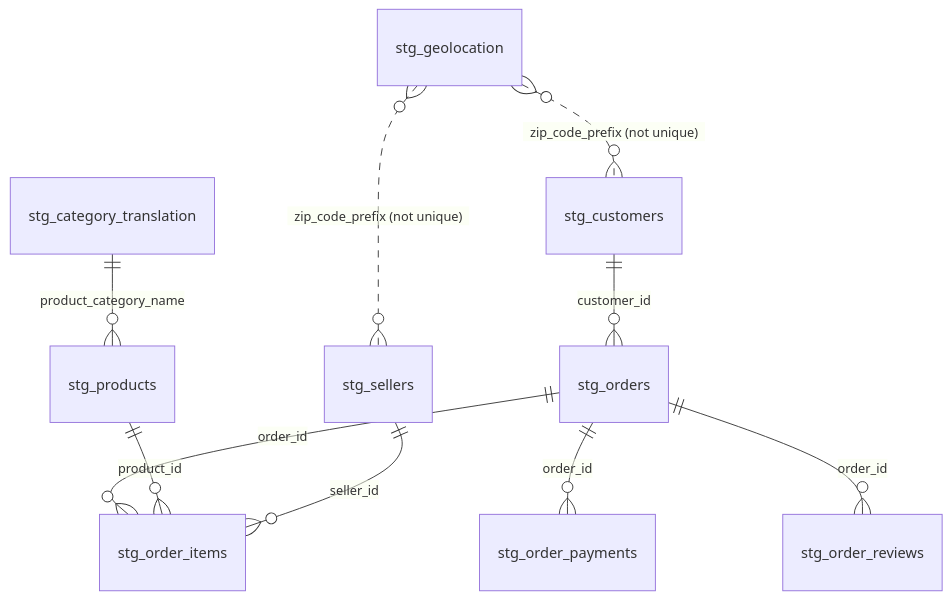
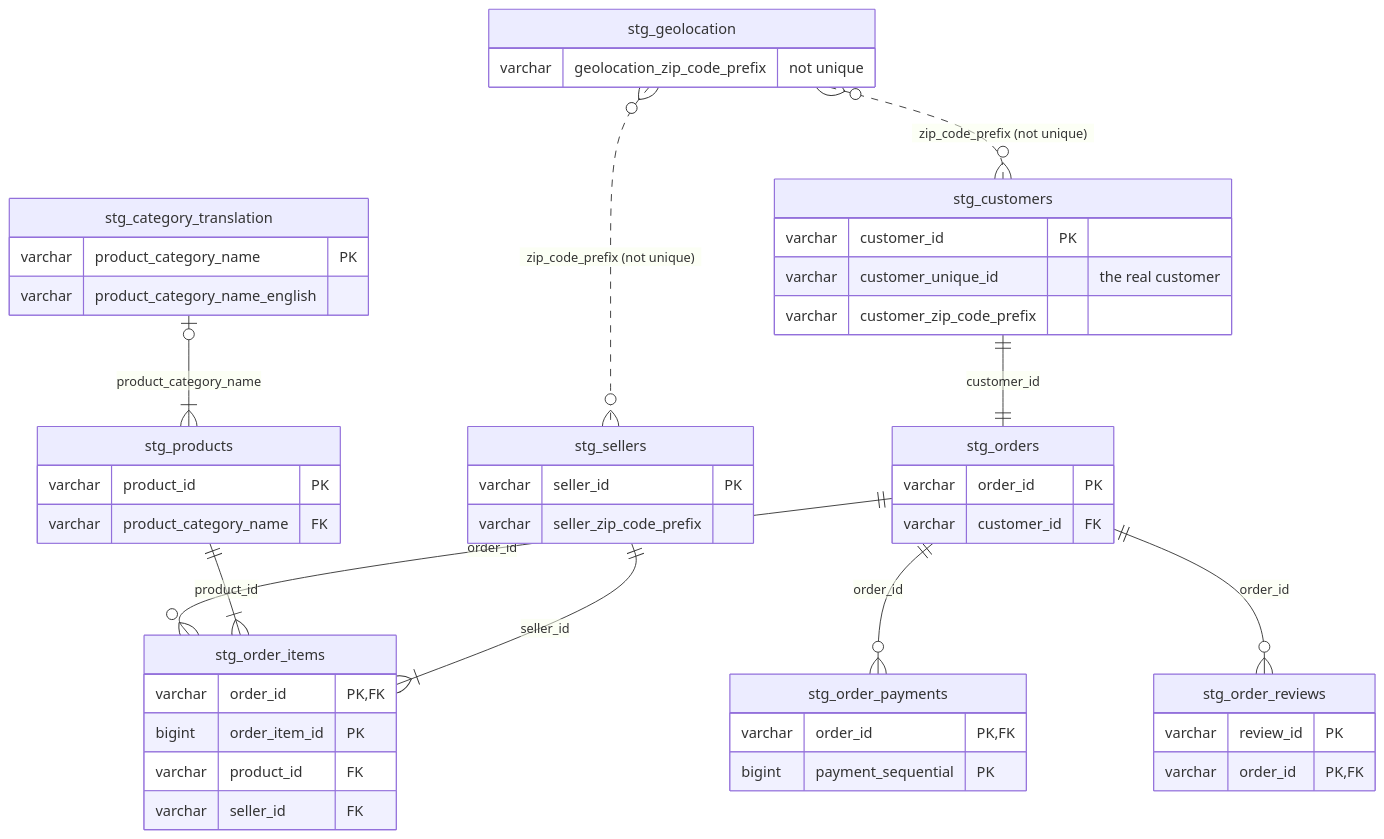
One commit to HenreyHu/olist-portfolio changed the diagram in docs/erd.md. Above: the diagram before and after it, drawn with Mermaid. The commit also changed other lines of this file and 3 other files, not shown here.

First line of the commit message:
Add data profiling and ERD keys

````diff
--- a/docs/erd.md
+++ b/docs/erd.md
@@ -3,12 +3,51 @@
 ```mermaid
 erDiagram
-    stg_customers ||--o{ stg_orders : "customer_id"
+    stg_customers ||--|| stg_orders : "customer_id"
     stg_orders ||--o{ stg_order_items : "order_id"
     stg_orders ||--o{ stg_order_payments : "order_id"
     stg_orders ||--o{ stg_order_reviews : "order_id"
-    stg_products ||--o{ stg_order_items : "product_id"
-    stg_sellers ||--o{ stg_order_items : "seller_id"
-    stg_category_translation ||--o{ stg_products : "product_category_name"
+    stg_products ||--|{ stg_order_items : "product_id"
+    stg_sellers ||--|{ stg_order_items : "seller_id"
+    stg_category_translation |o--|{ stg_products : "product_category_name"
     stg_geolocation }o..o{ stg_customers : "zip_code_prefix (not unique)"
     stg_geolocation }o..o{ stg_sellers : "zip_code_prefix (not unique)"
+
+    stg_customers {
+        varchar customer_id PK
+        varchar customer_unique_id "the real customer"
+        varchar customer_zip_code_prefix
+    }
+    stg_orders {
+        varchar order_id PK
+        varchar customer_id FK
+    }
+    stg_order_items {
+        varchar order_id PK, FK
+        bigint order_item_id PK
+        varchar product_id FK
+        varchar seller_id FK
+    }
+    stg_order_payments {
+        varchar order_id PK, FK
+        bigint payment_sequential PK
+    }
+    stg_order_reviews {
+        varchar review_id PK
+        varchar order_id PK, FK
+    }
+    stg_products {
+        varchar product_id PK
+        varchar product_category_name FK
+    }
+    stg_sellers {
+        varchar seller_id PK
+        varchar seller_zip_code_prefix
+    }
+    stg_category_translation {
+        varchar product_category_name PK
+        varchar product_category_name_english
+    }
+    stg_geolocation {
+        varchar geolocation_zip_code_prefix "not unique"
+    }
 ```
````
